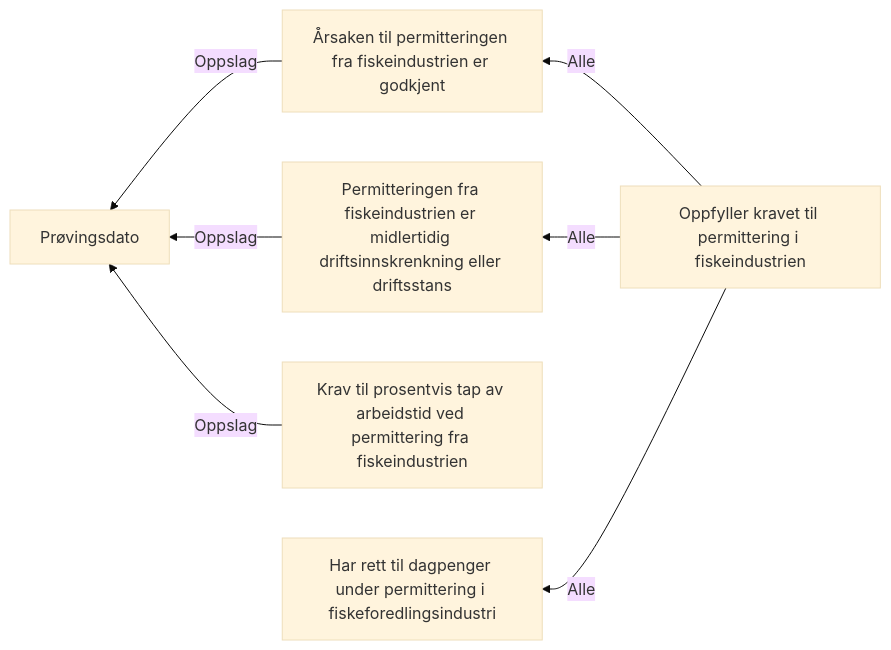
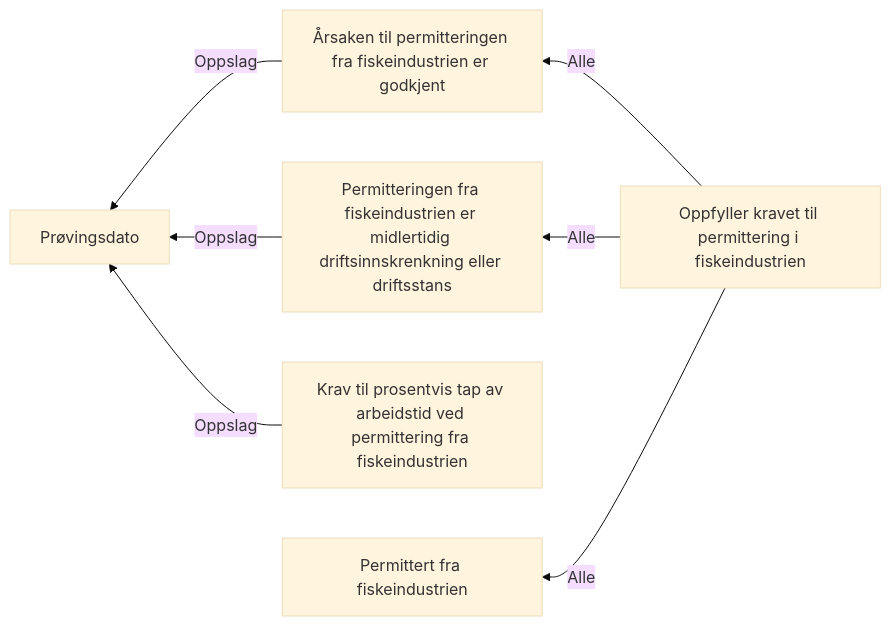
One commit to navikt/dp-behandling changed the diagram in docs/regler/§ 4-7 Permittering Fiskeindustrien.approved.md. Above: the diagram before and after it, drawn with Mermaid (base theme). The commit also changed 29 other files, not shown here.

````diff
--- a/docs/regler/§ 4-7 Permittering Fiskeindustrien.approved.md
+++ b/docs/regler/§ 4-7 Permittering Fiskeindustrien.approved.md
@@ -5,9 +5,9 @@
 ```mermaid
 graph RL
   A["Årsaken til permitteringen fra fiskeindustrien er godkjent"] -->|"Oppslag"| B["Prøvingsdato"]
   C["Permitteringen fra fiskeindustrien er midlertidig driftsinnskrenkning eller driftsstans"] -->|"Oppslag"| B["Prøvingsdato"]
   D["Krav til prosentvis tap av arbeidstid ved permittering fra fiskeindustrien"] -->|"Oppslag"| B["Prøvingsdato"]
-  E["Oppfyller kravet til permittering i fiskeindustrien"] -->|"Alle"| F["Har rett til dagpenger under permittering i fiskeforedlingsindustri"]
+  E["Oppfyller kravet til permittering i fiskeindustrien"] -->|"Alle"| F["Permittert fra fiskeindustrien"]
   E["Oppfyller kravet til permittering i fiskeindustrien"] -->|"Alle"| A["Årsaken til permitteringen fra fiskeindustrien er godkjent"]
   E["Oppfyller kravet til permittering i fiskeindustrien"] -->|"Alle"| C["Permitteringen fra fiskeindustrien er midlertidig driftsinnskrenkning eller driftsstans"]
 ```
````
